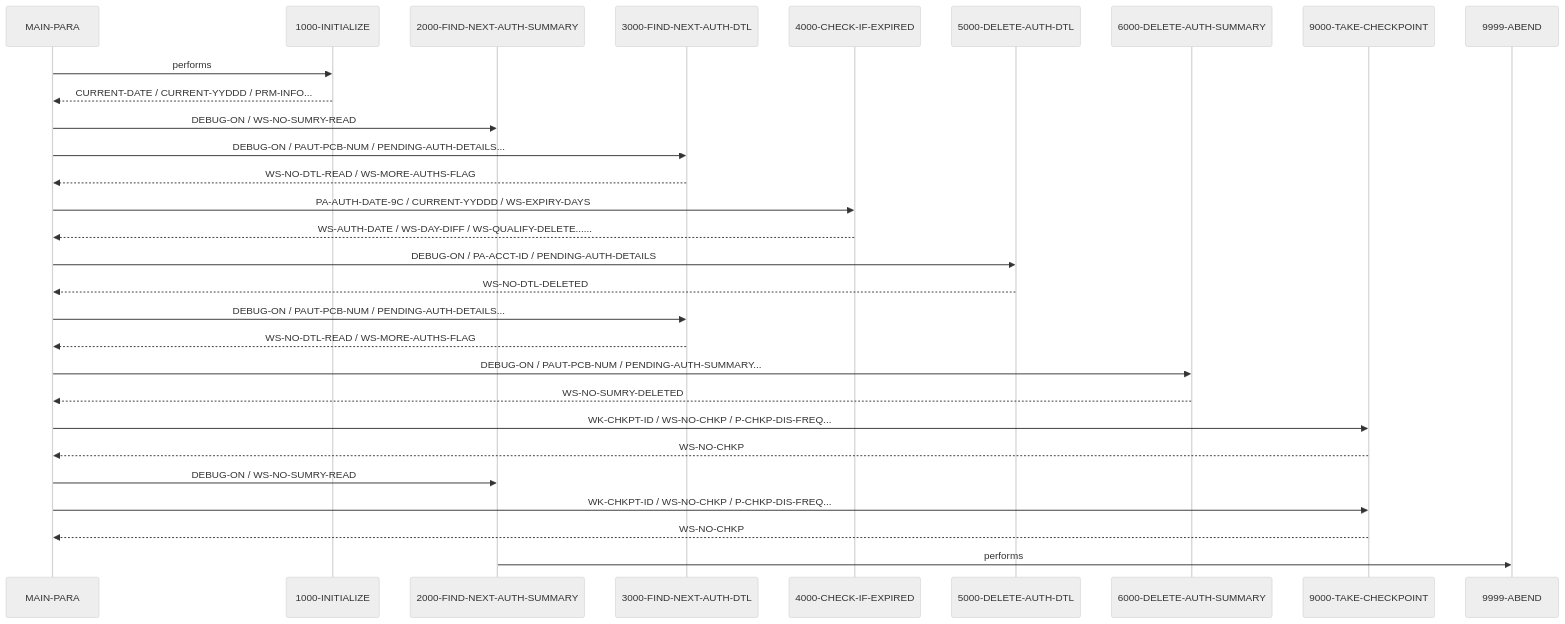
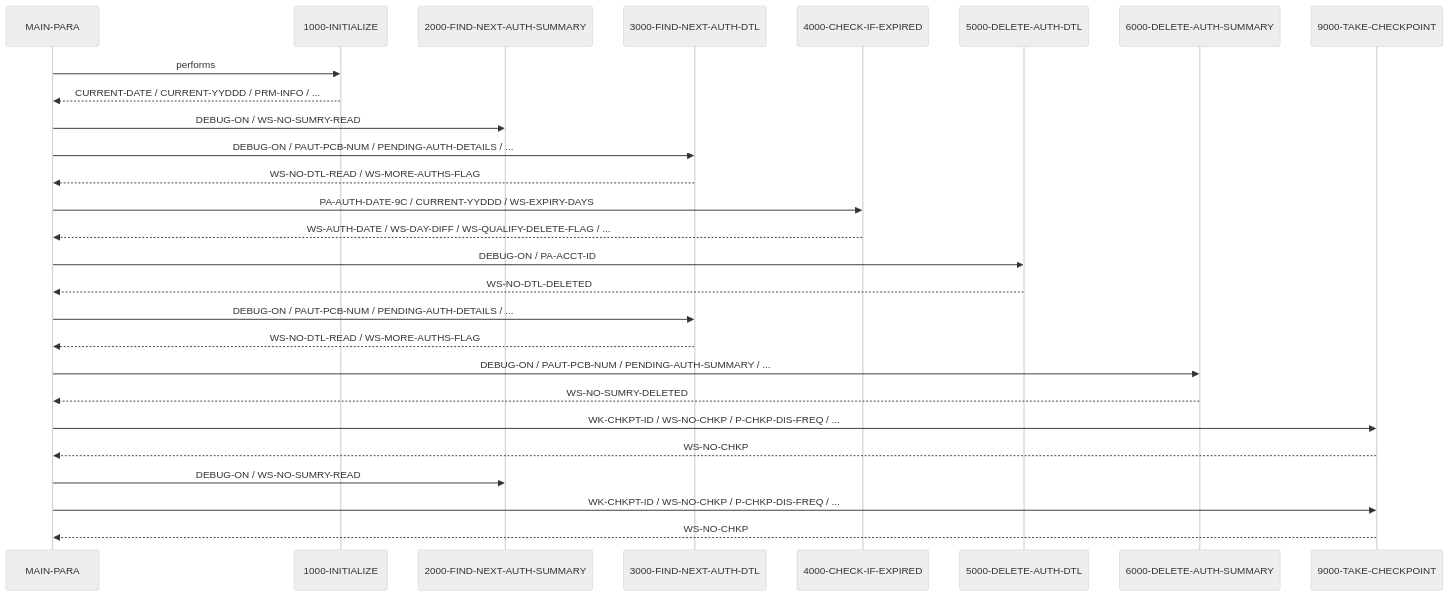
One commit to andrasfe/war_rig changed the second of 2 diagrams in example_output/cbl/CBPAUP0C.cbl.md. Above: the diagram before and after it, drawn with Mermaid (neutral theme). The commit also changed other lines of this file and 283 other files, not shown here.

````diff
--- a/example_output/cbl/CBPAUP0C.cbl.md
+++ b/example_output/cbl/CBPAUP0C.cbl.md
@@ -171,31 +102,29 @@
 ```mermaid
 sequenceDiagram
     participant MAIN_PARA as MAIN-PARA
     participant 1000_INITIALIZE as 1000-INITIALIZE
     participant 2000_FIND_NEXT_AUTH_SUMMARY as 2000-FIND-NEXT-AUTH-SUMMARY
     participant 3000_FIND_NEXT_AUTH_DTL as 3000-FIND-NEXT-AUTH-DTL
     participant 4000_CHECK_IF_EXPIRED as 4000-CHECK-IF-EXPIRED
     participant 5000_DELETE_AUTH_DTL as 5000-DELETE-AUTH-DTL
     participant 6000_DELETE_AUTH_SUMMARY as 6000-DELETE-AUTH-SUMMARY
     participant 9000_TAKE_CHECKPOINT as 9000-TAKE-CHECKPOINT
-    participant 9999_ABEND as 9999-ABEND
     MAIN_PARA->>1000_INITIALIZE: performs
-    1000_INITIALIZE-->>MAIN_PARA: CURRENT-DATE / CURRENT-YYDDD / PRM-INFO...
+    1000_INITIALIZE-->>MAIN_PARA: CURRENT-DATE / CURRENT-YYDDD / PRM-INFO / ...
     MAIN_PARA->>2000_FIND_NEXT_AUTH_SUMMARY: DEBUG-ON / WS-NO-SUMRY-READ
-    MAIN_PARA->>3000_FIND_NEXT_AUTH_DTL: DEBUG-ON / PAUT-PCB-NUM / PENDING-AUTH-DETAILS...
+    MAIN_PARA->>3000_FIND_NEXT_AUTH_DTL: DEBUG-ON / PAUT-PCB-NUM / PENDING-AUTH-DETAILS / ...
     3000_FIND_NEXT_AUTH_DTL-->>MAIN_PARA: WS-NO-DTL-READ / WS-MORE-AUTHS-FLAG
     MAIN_PARA->>4000_CHECK_IF_EXPIRED: PA-AUTH-DATE-9C / CURRENT-YYDDD / WS-EXPIRY-DAYS
-    4000_CHECK_IF_EXPIRED-->>MAIN_PARA: WS-AUTH-DATE / WS-DAY-DIFF / WS-QUALIFY-DELETE......
-    MAIN_PARA->>5000_DELETE_AUTH_DTL: DEBUG-ON / PA-ACCT-ID / PENDING-AUTH-DETAILS
+    4000_CHECK_IF_EXPIRED-->>MAIN_PARA: WS-AUTH-DATE / WS-DAY-DIFF / WS-QUALIFY-DELETE-FLAG / ...
+    MAIN_PARA->>5000_DELETE_AUTH_DTL: DEBUG-ON / PA-ACCT-ID
     5000_DELETE_AUTH_DTL-->>MAIN_PARA: WS-NO-DTL-DELETED
-    MAIN_PARA->>3000_FIND_NEXT_AUTH_DTL: DEBUG-ON / PAUT-PCB-NUM / PENDING-AUTH-DETAILS...
+    MAIN_PARA->>3000_FIND_NEXT_AUTH_DTL: DEBUG-ON / PAUT-PCB-NUM / PENDING-AUTH-DETAILS / ...
     3000_FIND_NEXT_AUTH_DTL-->>MAIN_PARA: WS-NO-DTL-READ / WS-MORE-AUTHS-FLAG
-    MAIN_PARA->>6000_DELETE_AUTH_SUMMARY: DEBUG-ON / PAUT-PCB-NUM / PENDING-AUTH-SUMMARY...
+    MAIN_PARA->>6000_DELETE_AUTH_SUMMARY: DEBUG-ON / PAUT-PCB-NUM / PENDING-AUTH-SUMMARY / ...
     6000_DELETE_AUTH_SUMMARY-->>MAIN_PARA: WS-NO-SUMRY-DELETED
-    MAIN_PARA->>9000_TAKE_CHECKPOINT: WK-CHKPT-ID / WS-NO-CHKP / P-CHKP-DIS-FREQ...
+    MAIN_PARA->>9000_TAKE_CHECKPOINT: WK-CHKPT-ID / WS-NO-CHKP / P-CHKP-DIS-FREQ / ...
     9000_TAKE_CHECKPOINT-->>MAIN_PARA: WS-NO-CHKP
     MAIN_PARA->>2000_FIND_NEXT_AUTH_SUMMARY: DEBUG-ON / WS-NO-SUMRY-READ
-    MAIN_PARA->>9000_TAKE_CHECKPOINT: WK-CHKPT-ID / WS-NO-CHKP / P-CHKP-DIS-FREQ...
+    MAIN_PARA->>9000_TAKE_CHECKPOINT: WK-CHKPT-ID / WS-NO-CHKP / P-CHKP-DIS-FREQ / ...
     9000_TAKE_CHECKPOINT-->>MAIN_PARA: WS-NO-CHKP
-    2000_FIND_NEXT_AUTH_SUMMARY->>9999_ABEND: performs
 ```
````
